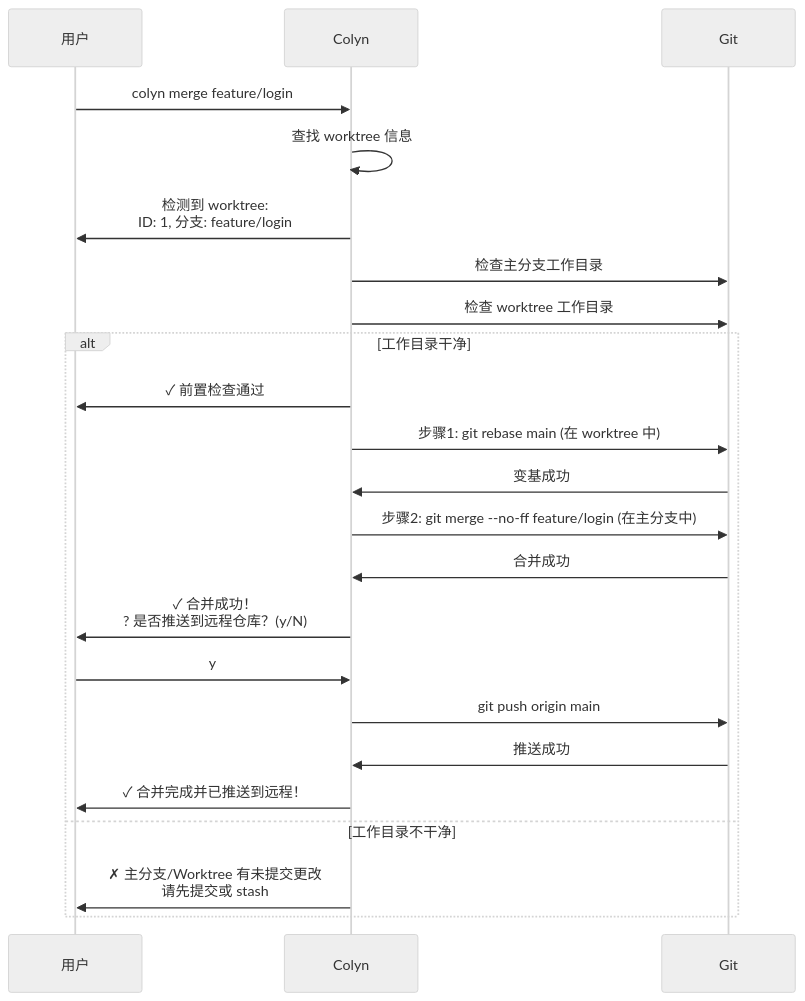
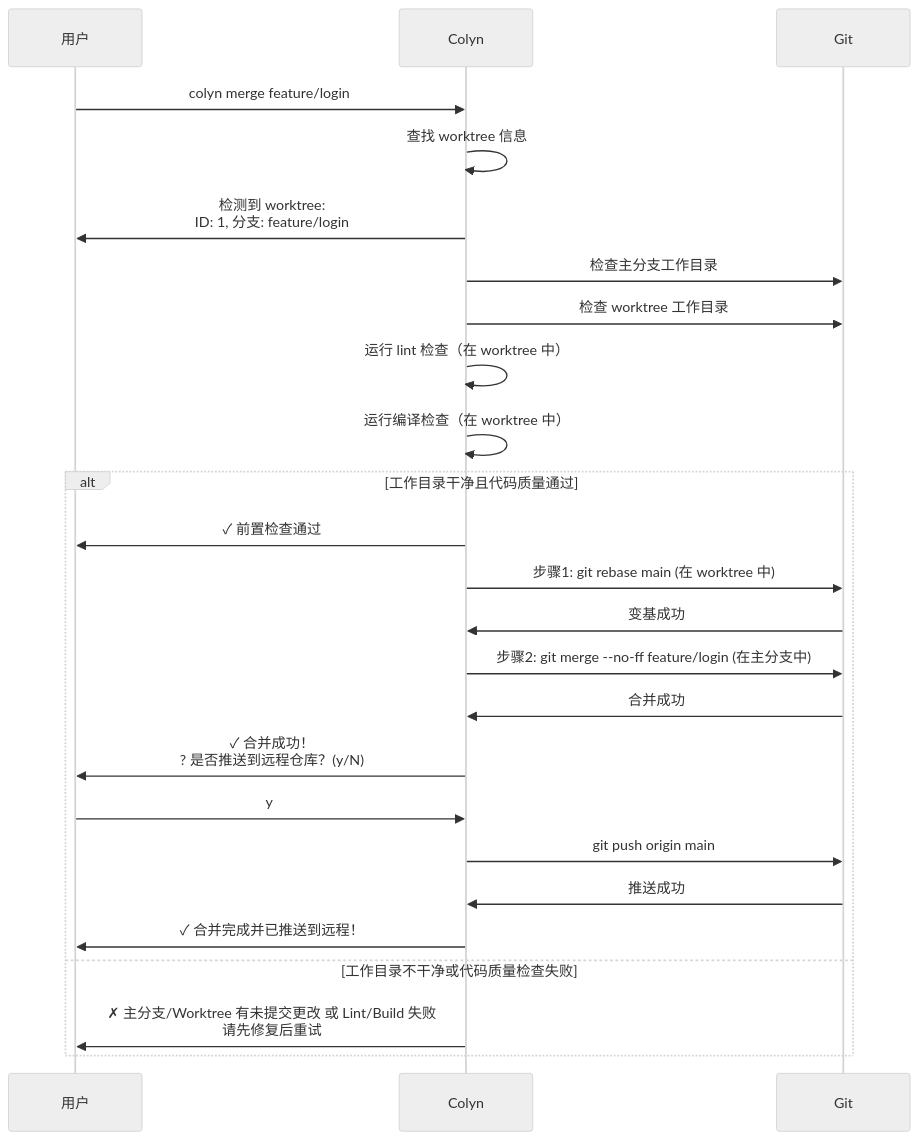
One commit to colin-han/colyn changed the first of 6 diagrams in docs/design-merge-command.md. Above: the diagram before and after it, drawn with Mermaid (neutral theme). The commit also changed other lines of this file and 6 other files, not shown here.

````diff
--- a/docs/design-merge-command.md
+++ b/docs/design-merge-command.md
@@ -45,28 +46,30 @@
 ```mermaid
 sequenceDiagram
     participant U as 用户
     participant C as Colyn
     participant G as Git
 
     U->>C: colyn merge feature/login
     C->>C: 查找 worktree 信息
     C->>U: 检测到 worktree:<br/>ID: 1, 分支: feature/login
 
     C->>G: 检查主分支工作目录
     C->>G: 检查 worktree 工作目录
+    C->>C: 运行 lint 检查（在 worktree 中）
+    C->>C: 运行编译检查（在 worktree 中）
 
-    alt 工作目录干净
+    alt 工作目录干净且代码质量通过
         C->>U: ✓ 前置检查通过
         C->>G: 步骤1: git rebase main (在 worktree 中)
         G->>C: 变基成功
         C->>G: 步骤2: git merge --no-ff feature/login (在主分支中)
         G->>C: 合并成功
         C->>U: ✓ 合并成功！<br/>? 是否推送到远程仓库？(y/N)
         U->>C: y
         C->>G: git push origin main
         G->>C: 推送成功
         C->>U: ✓ 合并完成并已推送到远程！
-    else 工作目录不干净
-        C->>U: ✗ 主分支/Worktree 有未提交更改<br/>请先提交或 stash
+    else 工作目录不干净或代码质量检查失败
+        C->>U: ✗ 主分支/Worktree 有未提交更改 或 Lint/Build 失败<br/>请先修复后重试
     end
 ```
````
